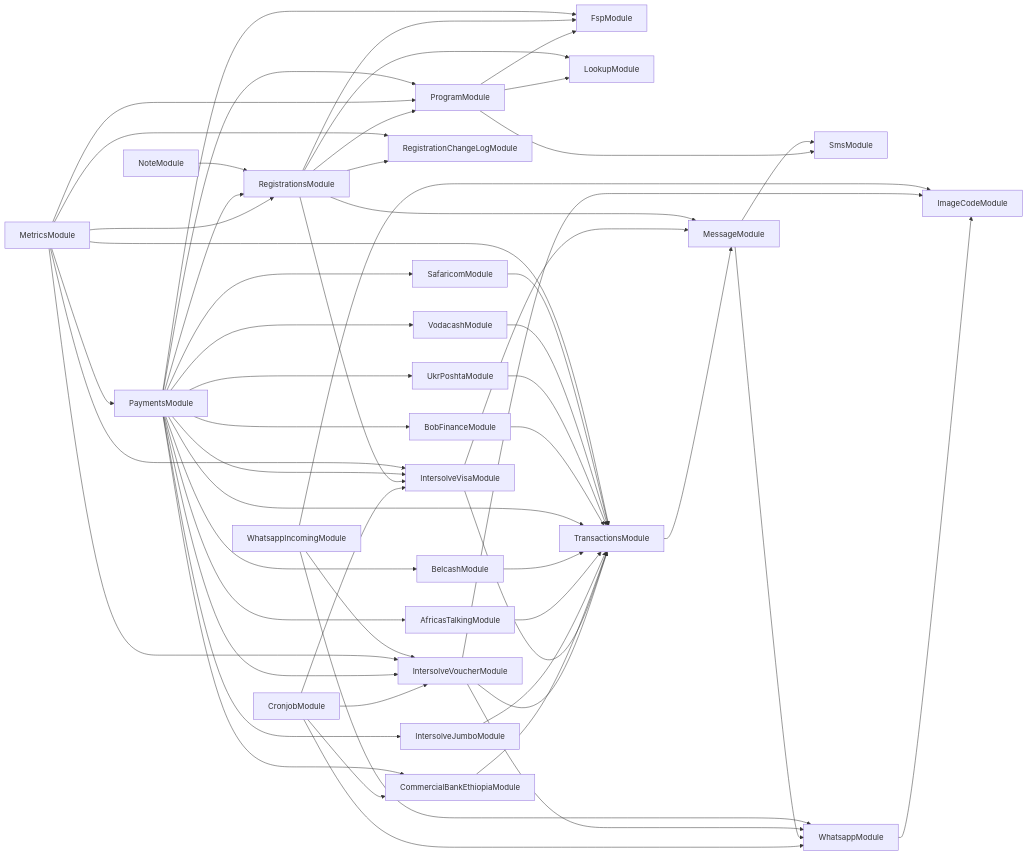
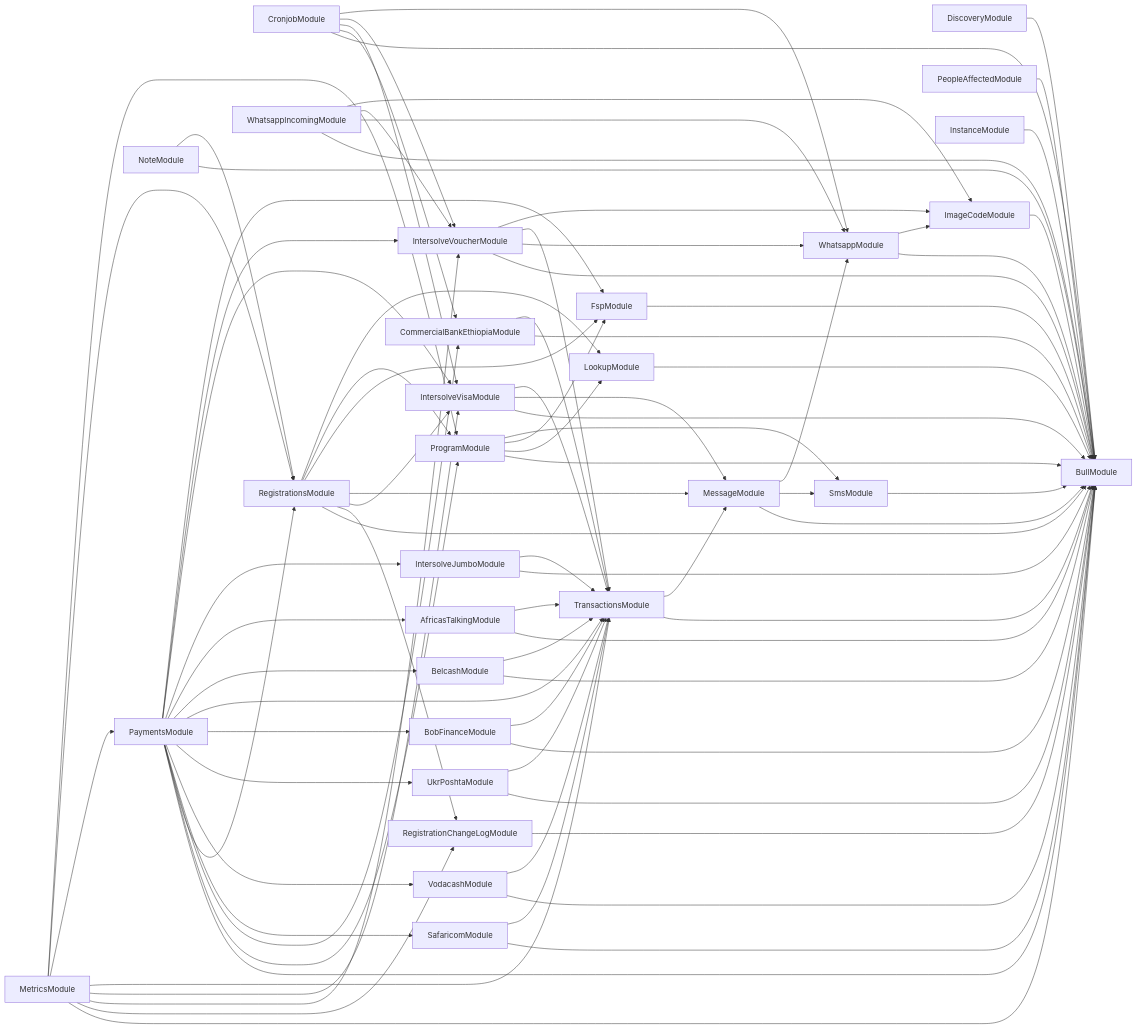
The diagram in services/121-service/module-dependencies.md (global-121/121-platform), drawn with Mermaid before and after one commit. The commit also changed 5 other files, not shown here.

````diff
--- a/services/121-service/module-dependencies.md
+++ b/services/121-service/module-dependencies.md
@@ -3,28 +3,45 @@
 ```mermaid
 graph LR
+  DiscoveryModule-->BullModule
   ProgramModule-->SmsModule
+  SmsModule-->BullModule
   ProgramModule-->FspModule
+  FspModule-->BullModule
   ProgramModule-->LookupModule
+  LookupModule-->BullModule
+  ProgramModule-->BullModule
   CronjobModule-->WhatsappModule
   WhatsappModule-->ImageCodeModule
+  ImageCodeModule-->BullModule
+  WhatsappModule-->BullModule
   CronjobModule-->IntersolveVoucherModule
   IntersolveVoucherModule-->ImageCodeModule
   IntersolveVoucherModule-->TransactionsModule
   TransactionsModule-->MessageModule
   MessageModule-->WhatsappModule
   MessageModule-->SmsModule
+  MessageModule-->BullModule
+  TransactionsModule-->BullModule
   IntersolveVoucherModule-->WhatsappModule
+  IntersolveVoucherModule-->BullModule
   CronjobModule-->IntersolveVisaModule
   IntersolveVisaModule-->TransactionsModule
   IntersolveVisaModule-->MessageModule
+  IntersolveVisaModule-->BullModule
   CronjobModule-->CommercialBankEthiopiaModule
   CommercialBankEthiopiaModule-->TransactionsModule
+  CommercialBankEthiopiaModule-->BullModule
+  CronjobModule-->BullModule
+  PeopleAffectedModule-->BullModule
+  InstanceModule-->BullModule
   RegistrationsModule-->LookupModule
   RegistrationsModule-->ProgramModule
   RegistrationsModule-->FspModule
   RegistrationsModule-->MessageModule
   RegistrationsModule-->IntersolveVisaModule
   RegistrationsModule-->RegistrationChangeLogModule
+  RegistrationChangeLogModule-->BullModule
+  RegistrationsModule-->BullModule
   MetricsModule-->ProgramModule
   MetricsModule-->RegistrationsModule
   MetricsModule-->PaymentsModule
@@ -33,28 +50,39 @@
   PaymentsModule-->IntersolveVisaModule
   PaymentsModule-->IntersolveJumboModule
   IntersolveJumboModule-->TransactionsModule
+  IntersolveJumboModule-->BullModule
   PaymentsModule-->AfricasTalkingModule
   AfricasTalkingModule-->TransactionsModule
+  AfricasTalkingModule-->BullModule
   PaymentsModule-->BelcashModule
   BelcashModule-->TransactionsModule
+  BelcashModule-->BullModule
   PaymentsModule-->TransactionsModule
   PaymentsModule-->BobFinanceModule
   BobFinanceModule-->TransactionsModule
+  BobFinanceModule-->BullModule
   PaymentsModule-->UkrPoshtaModule
   UkrPoshtaModule-->TransactionsModule
+  UkrPoshtaModule-->BullModule
   PaymentsModule-->VodacashModule
   VodacashModule-->TransactionsModule
+  VodacashModule-->BullModule
   PaymentsModule-->SafaricomModule
   SafaricomModule-->TransactionsModule
+  SafaricomModule-->BullModule
   PaymentsModule-->CommercialBankEthiopiaModule
   PaymentsModule-->RegistrationsModule
   PaymentsModule-->ProgramModule
+  PaymentsModule-->BullModule
   MetricsModule-->TransactionsModule
   MetricsModule-->IntersolveVisaModule
   MetricsModule-->IntersolveVoucherModule
   MetricsModule-->RegistrationChangeLogModule
+  MetricsModule-->BullModule
   WhatsappIncomingModule-->ImageCodeModule
   WhatsappIncomingModule-->IntersolveVoucherModule
   WhatsappIncomingModule-->WhatsappModule
+  WhatsappIncomingModule-->BullModule
   NoteModule-->RegistrationsModule
+  NoteModule-->BullModule
 ```
````
